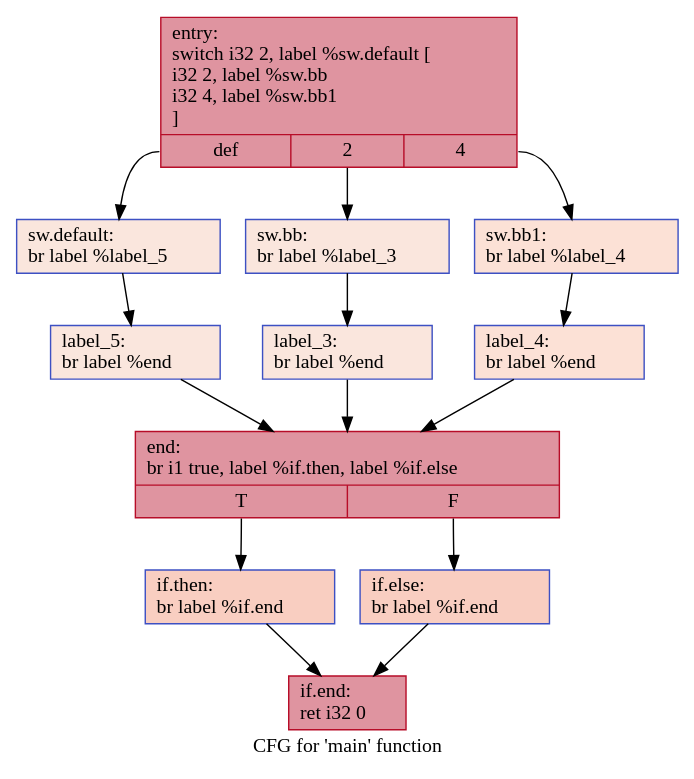
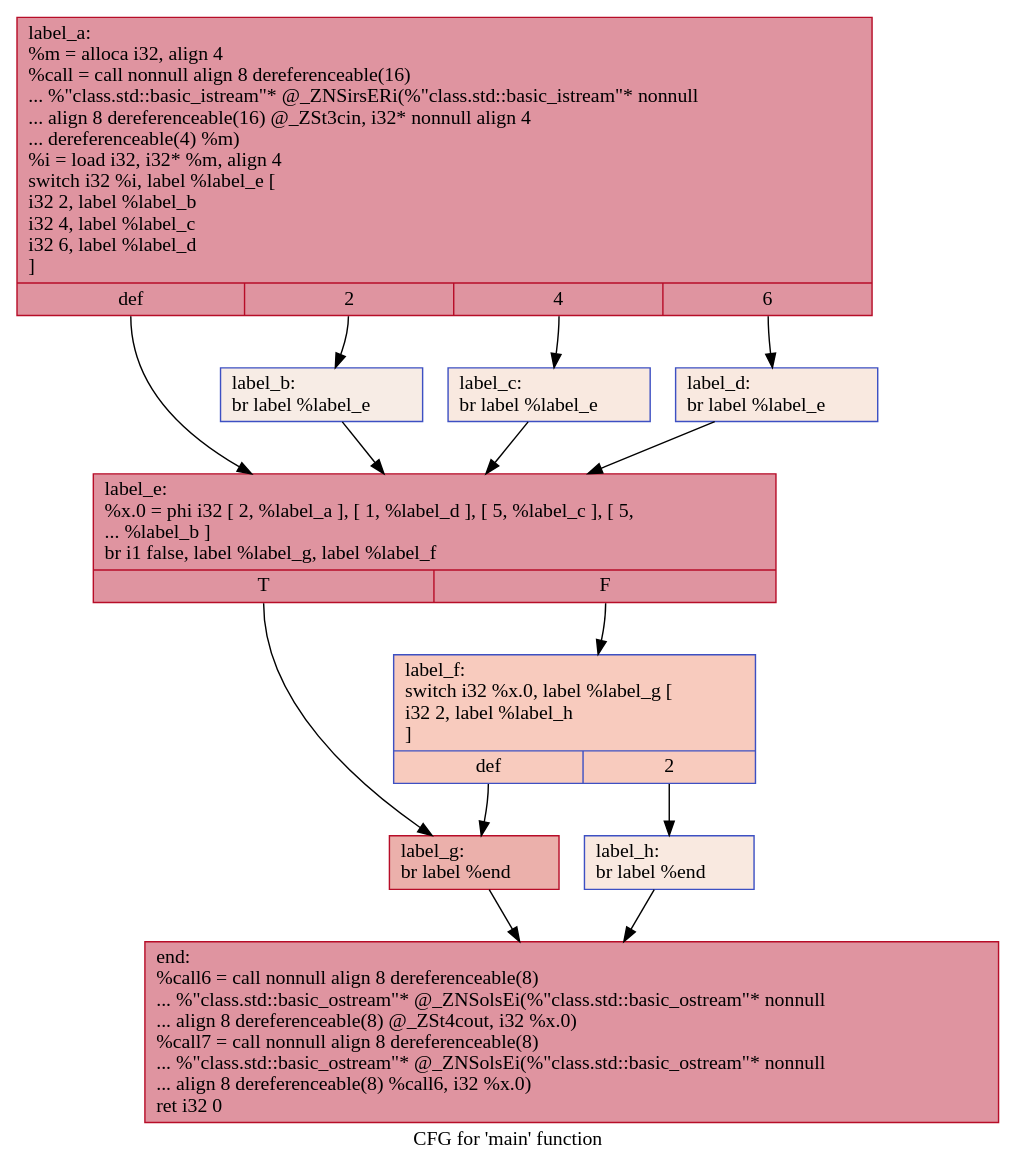
The diagram in IR/cfg/SCCP_BASELINE.dot (HPSSA-LLVM/HPSSA-LLVM), drawn with Graphviz before and after one commit. The commit also changed 26 other files, not shown here.

```diff
--- a/IR/cfg/SCCP_BASELINE.dot
+++ b/IR/cfg/SCCP_BASELINE.dot
@@ -1,28 +1,26 @@
 digraph "CFG for 'main' function" {
 	label="CFG for 'main' function";
 
-	Node0x555f4eadf6e0 [shape=record,color="#b70d28ff", style=filled, fillcolor="#b70d2870",label="{entry:\l  switch i32 2, label %sw.default [\l    i32 2, label %sw.bb\l    i32 4, label %sw.bb1\l  ]\l|{<s0>def|<s1>2|<s2>4}}"];
-	Node0x555f4eadf6e0:s0 -> Node0x555f4eadf810;
-	Node0x555f4eadf6e0:s1 -> Node0x555f4eadf890;
-	Node0x555f4eadf6e0:s2 -> Node0x555f4eadf930;
-	Node0x555f4eadf890 [shape=record,color="#3d50c3ff", style=filled, fillcolor="#f3c7b170",label="{sw.bb:                                            \l  br label %label_3\l}"];
-	Node0x555f4eadf890 -> Node0x555f4eadfac0;
-	Node0x555f4eadf930 [shape=record,color="#3d50c3ff", style=filled, fillcolor="#f7bca170",label="{sw.bb1:                                           \l  br label %label_4\l}"];
-	Node0x555f4eadf930 -> Node0x555f4eadfba0;
-	Node0x555f4eadf810 [shape=record,color="#3d50c3ff", style=filled, fillcolor="#f3c7b170",label="{sw.default:                                       \l  br label %label_5\l}"];
-	Node0x555f4eadf810 -> Node0x555f4eadfc80;
-	Node0x555f4eadfac0 [shape=record,color="#3d50c3ff", style=filled, fillcolor="#f3c7b170",label="{label_3:                                          \l  br label %end\l}"];
-	Node0x555f4eadfac0 -> Node0x555f4eadfd60;
-	Node0x555f4eadfba0 [shape=record,color="#3d50c3ff", style=filled, fillcolor="#f7bca170",label="{label_4:                                          \l  br label %end\l}"];
-	Node0x555f4eadfba0 -> Node0x555f4eadfd60;
-	Node0x555f4eadfc80 [shape=record,color="#3d50c3ff", style=filled, fillcolor="#f3c7b170",label="{label_5:                                          \l  br label %end\l}"];
-	Node0x555f4eadfc80 -> Node0x555f4eadfd60;
-	Node0x555f4eadfd60 [shape=record,color="#b70d28ff", style=filled, fillcolor="#b70d2870",label="{end:                                              \l  br i1 true, label %if.then, label %if.else\l|{<s0>T|<s1>F}}"];
-	Node0x555f4eadfd60:s0 -> Node0x555f4eadff50;
-	Node0x555f4eadfd60:s1 -> Node0x555f4eadffc0;
-	Node0x555f4eadff50 [shape=record,color="#3d50c3ff", style=filled, fillcolor="#f2907270",label="{if.then:                                          \l  br label %if.end\l}"];
-	Node0x555f4eadff50 -> Node0x555f4eae00e0;
-	Node0x555f4eadffc0 [shape=record,color="#3d50c3ff", style=filled, fillcolor="#f2907270",label="{if.else:                                          \l  br label %if.end\l}"];
-	Node0x555f4eadffc0 -> Node0x555f4eae00e0;
-	Node0x555f4eae00e0 [shape=record,color="#b70d28ff", style=filled, fillcolor="#b70d2870",label="{if.end:                                           \l  ret i32 0\l}"];
+	Node0x55e6b8cd0e10 [shape=record,color="#b70d28ff", style=filled, fillcolor="#b70d2870",label="{label_a:\l  %m = alloca i32, align 4\l  %call = call nonnull align 8 dereferenceable(16)\l... %\"class.std::basic_istream\"* @_ZNSirsERi(%\"class.std::basic_istream\"* nonnull\l... align 8 dereferenceable(16) @_ZSt3cin, i32* nonnull align 4\l... dereferenceable(4) %m)\l  %i = load i32, i32* %m, align 4\l  switch i32 %i, label %label_e [\l    i32 2, label %label_b\l    i32 4, label %label_c\l    i32 6, label %label_d\l  ]\l|{<s0>def|<s1>2|<s2>4|<s3>6}}"];
+	Node0x55e6b8cd0e10:s0 -> Node0x55e6b8cd1250;
+	Node0x55e6b8cd0e10:s1 -> Node0x55e6b8cd1350;
+	Node0x55e6b8cd0e10:s2 -> Node0x55e6b8cd1450;
+	Node0x55e6b8cd0e10:s3 -> Node0x55e6b8cd1550;
+	Node0x55e6b8cd1350 [shape=record,color="#3d50c3ff", style=filled, fillcolor="#ecd3c570",label="{label_b:                                          \l  br label %label_e\l}"];
+	Node0x55e6b8cd1350 -> Node0x55e6b8cd1250;
+	Node0x55e6b8cd1450 [shape=record,color="#3d50c3ff", style=filled, fillcolor="#f1ccb870",label="{label_c:                                          \l  br label %label_e\l}"];
+	Node0x55e6b8cd1450 -> Node0x55e6b8cd1250;
+	Node0x55e6b8cd1550 [shape=record,color="#3d50c3ff", style=filled, fillcolor="#f1ccb870",label="{label_d:                                          \l  br label %label_e\l}"];
+	Node0x55e6b8cd1550 -> Node0x55e6b8cd1250;
+	Node0x55e6b8cd1250 [shape=record,color="#b70d28ff", style=filled, fillcolor="#b70d2870",label="{label_e:                                          \l  %x.0 = phi i32 [ 2, %label_a ], [ 1, %label_d ], [ 5, %label_c ], [ 5,\l... %label_b ]\l  br i1 false, label %label_g, label %label_f\l|{<s0>T|<s1>F}}"];
+	Node0x55e6b8cd1250:s0 -> Node0x55e6b8cd1940;
+	Node0x55e6b8cd1250:s1 -> Node0x55e6b8cd19b0;
+	Node0x55e6b8cd19b0 [shape=record,color="#3d50c3ff", style=filled, fillcolor="#ef886b70",label="{label_f:                                          \l  switch i32 %x.0, label %label_g [\l    i32 2, label %label_h\l  ]\l|{<s0>def|<s1>2}}"];
+	Node0x55e6b8cd19b0:s0 -> Node0x55e6b8cd1940;
+	Node0x55e6b8cd19b0:s1 -> Node0x55e6b8cd1ad0;
+	Node0x55e6b8cd1940 [shape=record,color="#b70d28ff", style=filled, fillcolor="#d24b4070",label="{label_g:                                          \l  br label %end\l}"];
+	Node0x55e6b8cd1940 -> Node0x55e6b8cd1c20;
+	Node0x55e6b8cd1ad0 [shape=record,color="#3d50c3ff", style=filled, fillcolor="#f1ccb870",label="{label_h:                                          \l  br label %end\l}"];
+	Node0x55e6b8cd1ad0 -> Node0x55e6b8cd1c20;
+	Node0x55e6b8cd1c20 [shape=record,color="#b70d28ff", style=filled, fillcolor="#b70d2870",label="{end:                                              \l  %call6 = call nonnull align 8 dereferenceable(8)\l... %\"class.std::basic_ostream\"* @_ZNSolsEi(%\"class.std::basic_ostream\"* nonnull\l... align 8 dereferenceable(8) @_ZSt4cout, i32 %x.0)\l  %call7 = call nonnull align 8 dereferenceable(8)\l... %\"class.std::basic_ostream\"* @_ZNSolsEi(%\"class.std::basic_ostream\"* nonnull\l... align 8 dereferenceable(8) %call6, i32 %x.0)\l  ret i32 0\l}"];
 }
```
